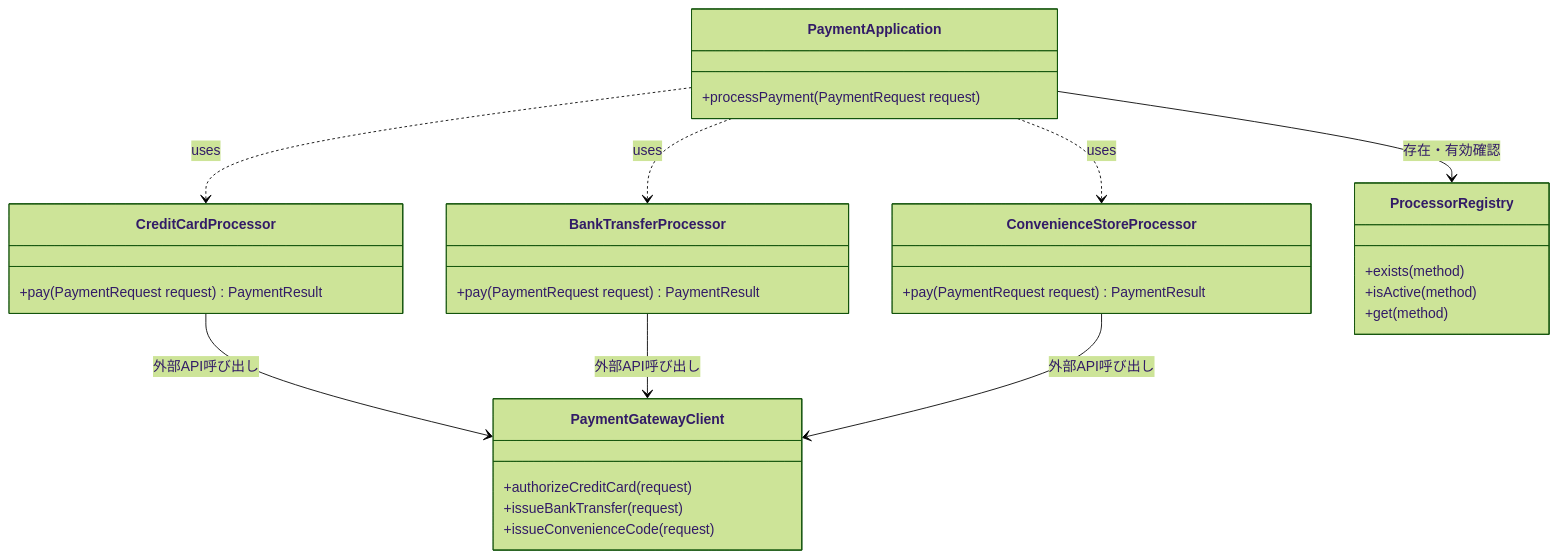
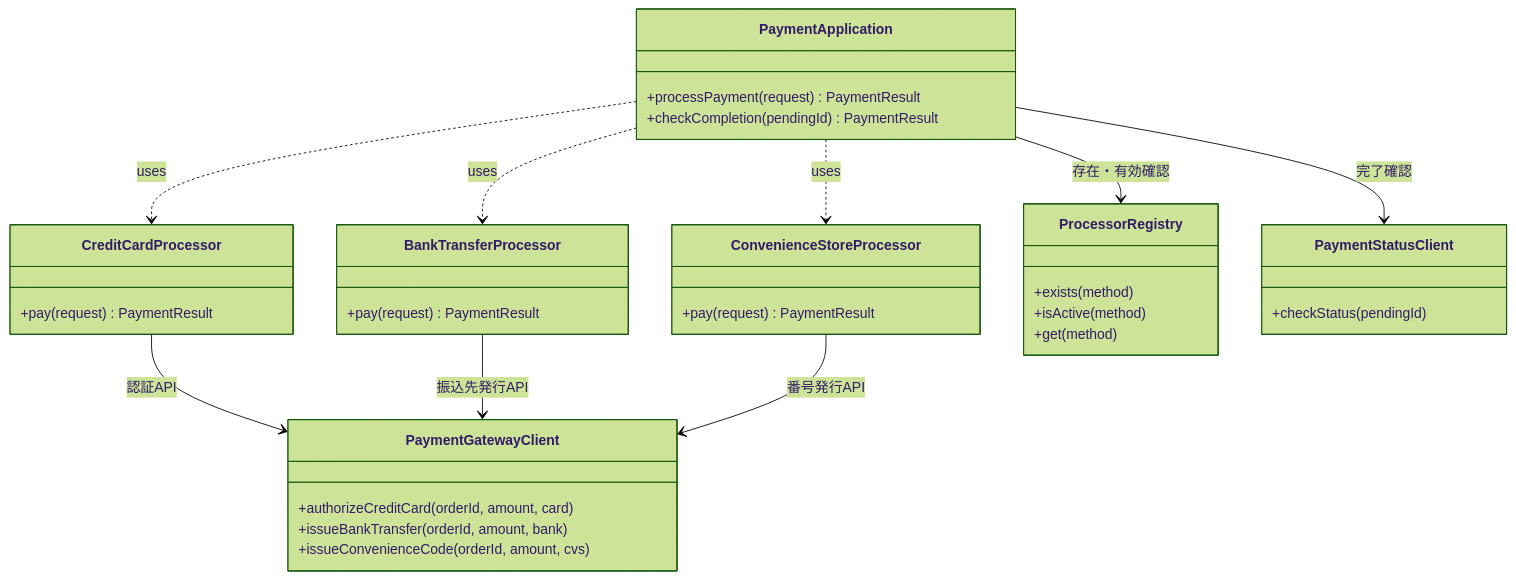
The fourth of 9 diagrams in kindle/design-patterns/output/chapter08.md (kumachan1101-pixel/DesignPattern), drawn with Mermaid (forest theme) before and after one commit. The commit also changed other lines of this file, not shown here.

Commit message:
docs: 第8章の決済システムを現実的な複雑度に改稿（手段別の入力構造、同期/非同期、完了確認、エラー処理を追加）

````diff
--- a/kindle/design-patterns/output/chapter08.md
+++ b/kindle/design-patterns/output/chapter08.md
@@ -195,32 +241,37 @@
 ```mermaid
 classDiagram
     class PaymentApplication {
-        +processPayment(PaymentRequest request)
+        +processPayment(request) PaymentResult
+        +checkCompletion(pendingId) PaymentResult
     }
     class CreditCardProcessor {
-        +pay(PaymentRequest request) PaymentResult
+        +pay(request) PaymentResult
     }
     class BankTransferProcessor {
-        +pay(PaymentRequest request) PaymentResult
+        +pay(request) PaymentResult
     }
     class ConvenienceStoreProcessor {
-        +pay(PaymentRequest request) PaymentResult
+        +pay(request) PaymentResult
     }
     class ProcessorRegistry {
         +exists(method)
         +isActive(method)
         +get(method)
     }
     class PaymentGatewayClient {
-        +authorizeCreditCard(request)
-        +issueBankTransfer(request)
-        +issueConvenienceCode(request)
+        +authorizeCreditCard(orderId, amount, card)
+        +issueBankTransfer(orderId, amount, bank)
+        +issueConvenienceCode(orderId, amount, cvs)
+    }
+    class PaymentStatusClient {
+        +checkStatus(pendingId)
     }
     PaymentApplication ..> CreditCardProcessor : uses
     PaymentApplication ..> BankTransferProcessor : uses
     PaymentApplication ..> ConvenienceStoreProcessor : uses
     PaymentApplication --> ProcessorRegistry : 存在・有効確認
-    CreditCardProcessor --> PaymentGatewayClient : 外部API呼び出し
-    BankTransferProcessor --> PaymentGatewayClient : 外部API呼び出し
-    ConvenienceStoreProcessor --> PaymentGatewayClient : 外部API呼び出し
+    PaymentApplication --> PaymentStatusClient : 完了確認
+    CreditCardProcessor --> PaymentGatewayClient : 認証API
+    BankTransferProcessor --> PaymentGatewayClient : 振込先発行API
+    ConvenienceStoreProcessor --> PaymentGatewayClient : 番号発行API
 ```
````
